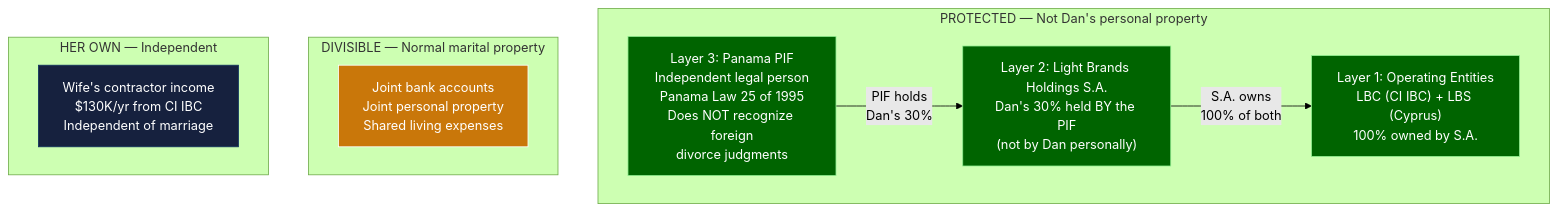
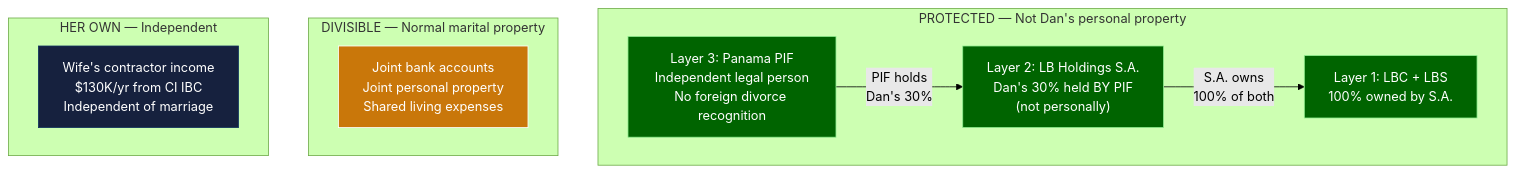
The third of 9 diagrams in docs/tax-structure/light-brands/13-DAN-EXIT-US-AND-LB-SIMPLIFIED-STRUCTURE.md (Light-Brands/epic-center), drawn with Mermaid (forest theme) before and after one commit. The commit also changed other lines of this file and 1 other file, not shown here.

First line of the commit message:
Trim mermaid diagram text to fit within node boundaries

````diff
--- a/docs/tax-structure/light-brands/13-DAN-EXIT-US-AND-LB-SIMPLIFIED-STRUCTURE.md
+++ b/docs/tax-structure/light-brands/13-DAN-EXIT-US-AND-LB-SIMPLIFIED-STRUCTURE.md
@@ -305,25 +305,25 @@
 ```mermaid
 graph TB
     subgraph "PROTECTED — Not Dan's personal property"
-        PIF_ASSET["Layer 3: Panama PIF<br/>Independent legal person<br/>Panama Law 25 of 1995<br/>Does NOT recognize foreign<br/>divorce judgments"]
-        SA_ASSET["Layer 2: Light Brands Holdings S.A.<br/>Dan's 30% held BY the PIF<br/>(not by Dan personally)"]
-        OPS_ASSET["Layer 1: Operating Entities<br/>LBC (CI IBC) + LBS (Cyprus)<br/>100% owned by S.A."]
+        PIF_ASSET["Layer 3: Panama PIF<br/>Independent legal person<br/>No foreign divorce recognition"]
+        SA_ASSET["Layer 2: LB Holdings S.A.<br/>Dan's 30% held BY PIF<br/>(not personally)"]
+        OPS_ASSET["Layer 1: LBC + LBS<br/>100% owned by S.A."]
     end
 
     subgraph "DIVISIBLE — Normal marital property"
         JOINT["Joint bank accounts<br/>Joint personal property<br/>Shared living expenses"]
     end
 
     subgraph "HER OWN — Independent"
         WIFE_IND["Wife's contractor income<br/>$130K/yr from CI IBC<br/>Independent of marriage"]
     end
 
     PIF_ASSET -->|"PIF holds<br/>Dan's 30%"| SA_ASSET
     SA_ASSET -->|"S.A. owns<br/>100% of both"| OPS_ASSET
 
     style PIF_ASSET fill:#006400,stroke:#90ee90,color:#fff
     style SA_ASSET fill:#006400,stroke:#90ee90,color:#fff
     style OPS_ASSET fill:#006400,stroke:#90ee90,color:#fff
     style JOINT fill:#c9770a,stroke:#fff,color:#fff
     style WIFE_IND fill:#16213e,stroke:#0f3460,color:#fff
 ```
````
